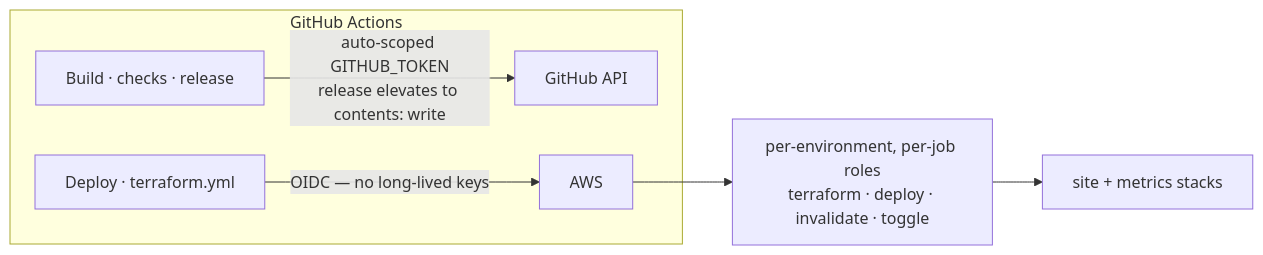
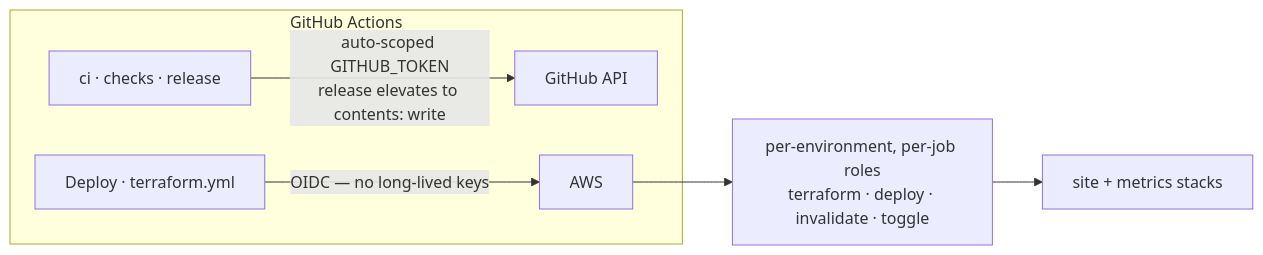
One commit to mathewmusango/my-portfolio changed the diagram in .github/workflows/README.md. Above: the diagram before and after it, drawn with Mermaid. The commit also changed other lines of this file and 16 other files, not shown here.

````diff
--- a/.github/workflows/README.md
+++ b/.github/workflows/README.md
@@ -133,9 +133,9 @@
 ```mermaid
 flowchart LR
     subgraph GHA[GitHub Actions]
-        BR[Build · checks · release] -->|auto-scoped GITHUB_TOKEN<br/>release elevates to contents: write| API[GitHub API]
+        BR[ci · checks · release] -->|auto-scoped GITHUB_TOKEN<br/>release elevates to contents: write| API[GitHub API]
         DT[Deploy · terraform.yml] -->|OIDC — no long-lived keys| AWS[AWS]
     end
     AWS --> JR[per-environment, per-job roles<br/>terraform · deploy · invalidate · toggle]
     JR --> RES[site + metrics stacks]
 ```
````
